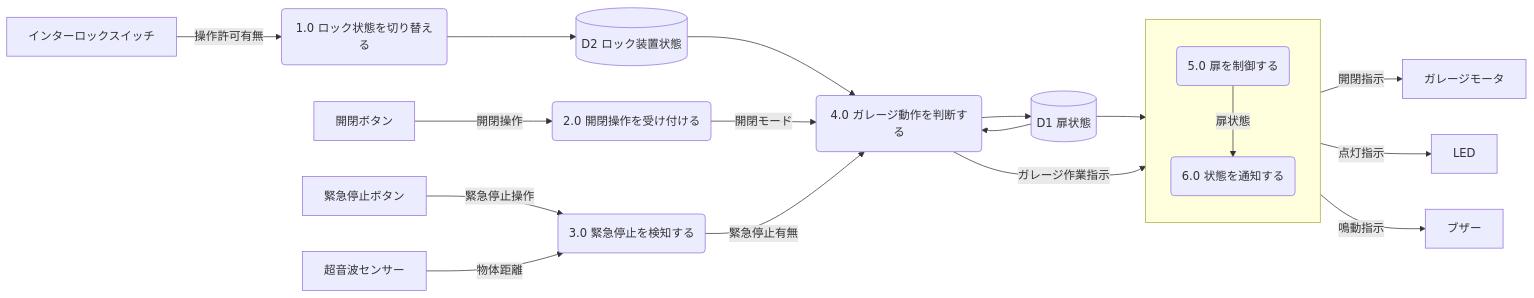
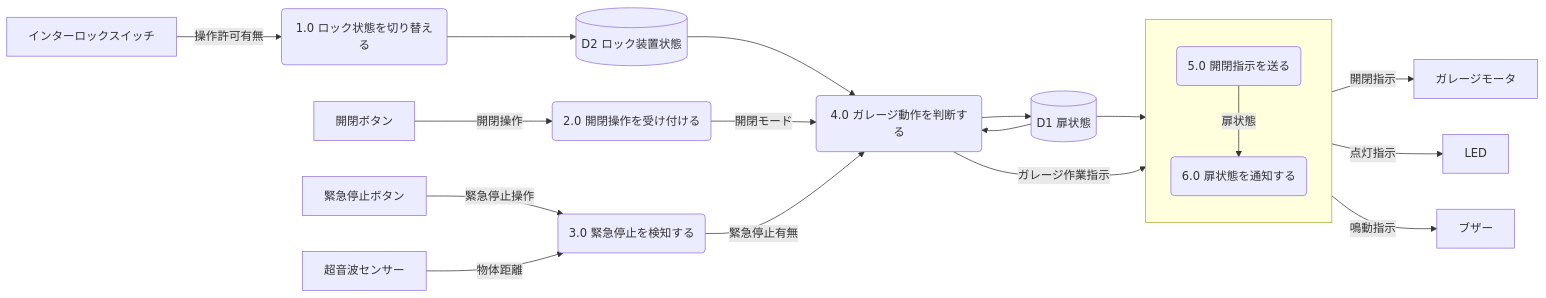
One commit to sueken9/DevOps changed the diagram in projects/smart_garage/要求分析/dfd.md. Above: the diagram before and after it, drawn with Mermaid. The commit also changed other lines of this file and 3 other files, not shown here.

Commit message:
モジュール構造図を新規作成し、命名・STS・呼び出し順の原則を整備

````diff
--- a/projects/smart_garage/要求分析/dfd.md
+++ b/projects/smart_garage/要求分析/dfd.md
@@ -11,44 +11,44 @@
 ```mermaid
 flowchart LR
     interlock[インターロックスイッチ]
     open_close_btn[開閉ボタン]
     emergency_btn[緊急停止ボタン]
     ultrasonic[超音波センサー]
     motor[ガレージモータ]
     led[LED]
     buzzer[ブザー]
 
     D1[(D1 扉状態)]
     D2[(D2 ロック装置状態)]
 
     P1(1.0 ロック状態を切り替える)
     P2(2.0 開閉操作を受け付ける)
     P3(3.0 緊急停止を検知する)
     P4(4.0 ガレージ動作を判断する)
 
     subgraph output[ ]
         direction TB
-        P5(5.0 扉を制御する)
-        P6(6.0 状態を通知する)
+        P5(5.0 開閉指示を送る)
+        P6(6.0 扉状態を通知する)
     end
 
     interlock -->|操作許可有無| P1
     open_close_btn -->|開閉操作| P2
     emergency_btn -->|緊急停止操作| P3
     ultrasonic -->|物体距離| P3
 
     P1 --> D2
     D2 --> P4
     P2 -->|開閉モード| P4
     P3 -->|緊急停止有無| P4
 
     P4 --> D1
     D1 --> P4
     D1 --> P5
 
     P4 -->|ガレージ作業指示| P5
     P5 -->|開閉指示| motor
     P5 -->|扉状態| P6
     P6 -->|点灯指示| led
     P6 -->|鳴動指示| buzzer
 ```
````
